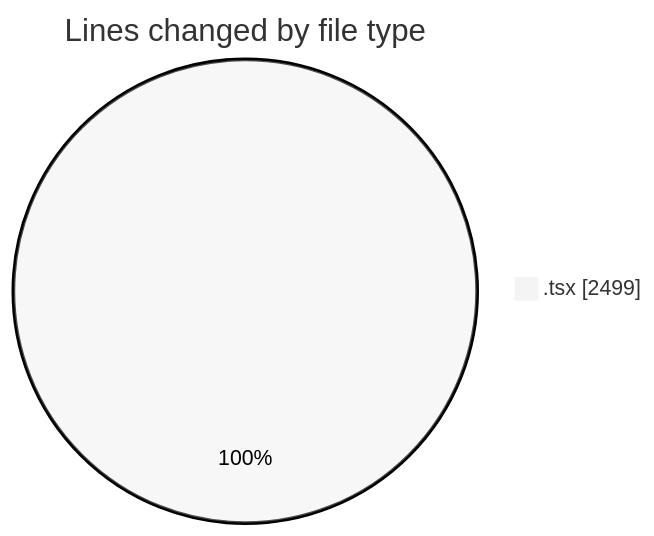
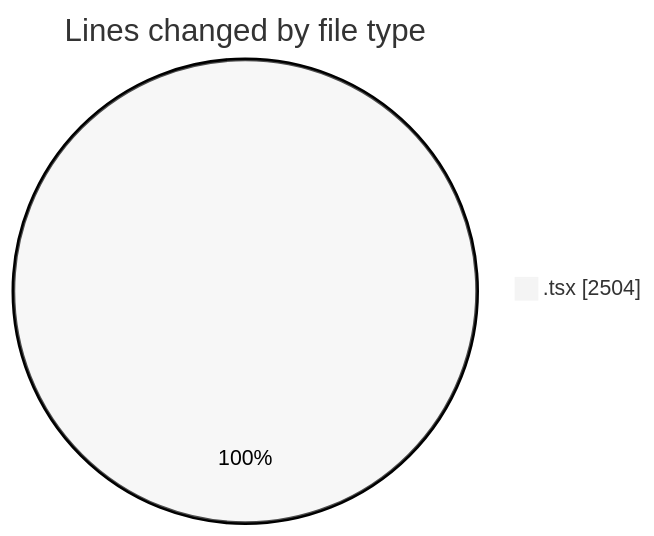
Before and after one commit to momahboobian/code-tracking: the first of 2 diagrams in 2025-09-23/cda/README.md, drawn with Mermaid (neutral theme). The commit also changed other lines of this file and 1 other file, not shown here.

````diff
--- a/2025-09-23/cda/README.md
+++ b/2025-09-23/cda/README.md
@@ -22,5 +22,5 @@
 ```mermaid
 pie showData
 title Lines changed by file type
-".tsx" : 2499
+".tsx" : 2504
 ```
````
